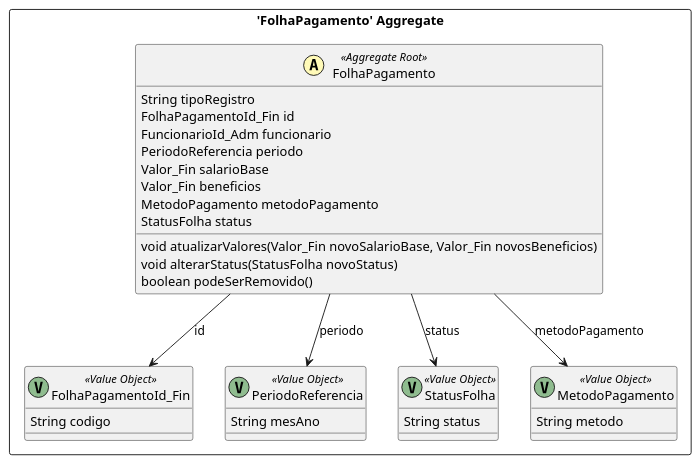
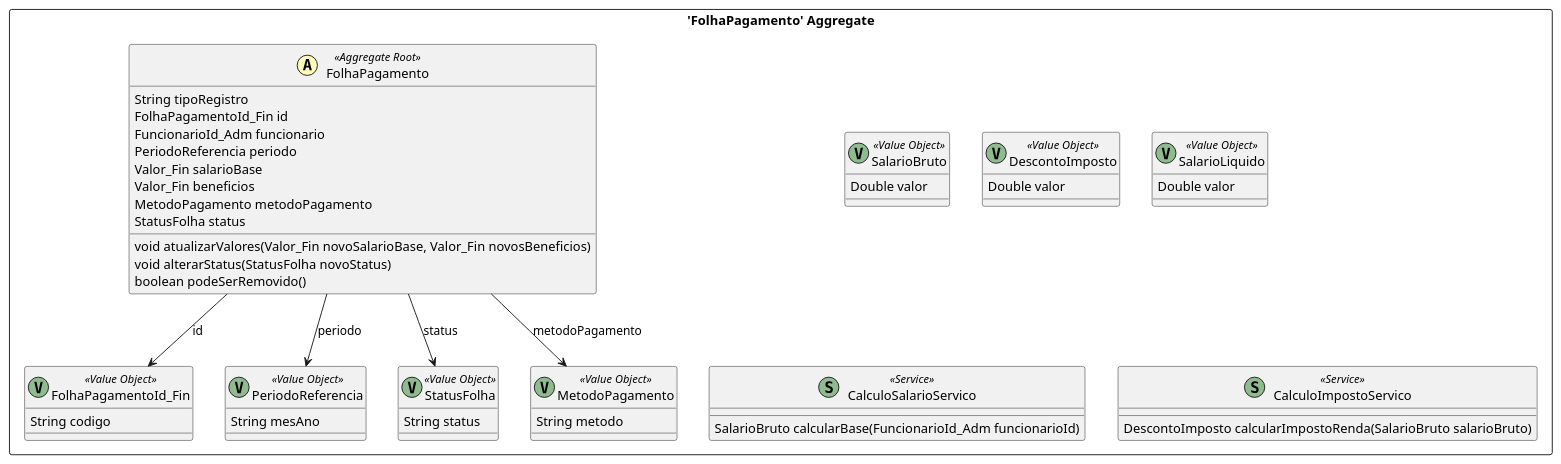
Before and after one commit to MatheusVelame/MedFlow: the diagram in src-gen/medflow_BC_Financeiro_FolhaPagamento.puml, drawn with PlantUML. The commit also changed 2 other files, not shown here.

```diff
--- a/src-gen/medflow_BC_Financeiro_FolhaPagamento.puml
+++ b/src-gen/medflow_BC_Financeiro_FolhaPagamento.puml
@@ -1,38 +1,53 @@
 @startuml
 
 skinparam componentStyle uml2
 
 package "'FolhaPagamento' Aggregate" <<Rectangle>> {
 	class FolhaPagamento <<(A,#fffab8) Aggregate Root>> {
 		String tipoRegistro
 		FolhaPagamentoId_Fin id
 		FuncionarioId_Adm funcionario
 		PeriodoReferencia periodo
 		Valor_Fin salarioBase
 		Valor_Fin beneficios
 		MetodoPagamento metodoPagamento
 		StatusFolha status
 		void atualizarValores(Valor_Fin novoSalarioBase, Valor_Fin novosBeneficios)
 		void alterarStatus(StatusFolha novoStatus)
 		boolean podeSerRemovido()
 	}
 	class FolhaPagamentoId_Fin <<(V,DarkSeaGreen) Value Object>> {
 		String codigo
 	}
 	class PeriodoReferencia <<(V,DarkSeaGreen) Value Object>> {
 		String mesAno
 	}
 	class StatusFolha <<(V,DarkSeaGreen) Value Object>> {
 		String status
 	}
 	class MetodoPagamento <<(V,DarkSeaGreen) Value Object>> {
 		String metodo
 	}
+	class SalarioBruto <<(V,DarkSeaGreen) Value Object>> {
+		Double valor
+	}
+	class DescontoImposto <<(V,DarkSeaGreen) Value Object>> {
+		Double valor
+	}
+	class SalarioLiquido <<(V,DarkSeaGreen) Value Object>> {
+		Double valor
+	}
+	class CalculoSalarioServico <<(S,DarkSeaGreen) Service>> {
+		SalarioBruto calcularBase(FuncionarioId_Adm funcionarioId)
+	}
+	class CalculoImpostoServico <<(S,DarkSeaGreen) Service>> {
+		DescontoImposto calcularImpostoRenda(SalarioBruto salarioBruto)
+	}
 }
 FolhaPagamento --> FolhaPagamentoId_Fin : id
 FolhaPagamento --> StatusFolha : status
 FolhaPagamento --> MetodoPagamento : metodoPagamento
 FolhaPagamento --> PeriodoReferencia : periodo
 
 
 @enduml
```
